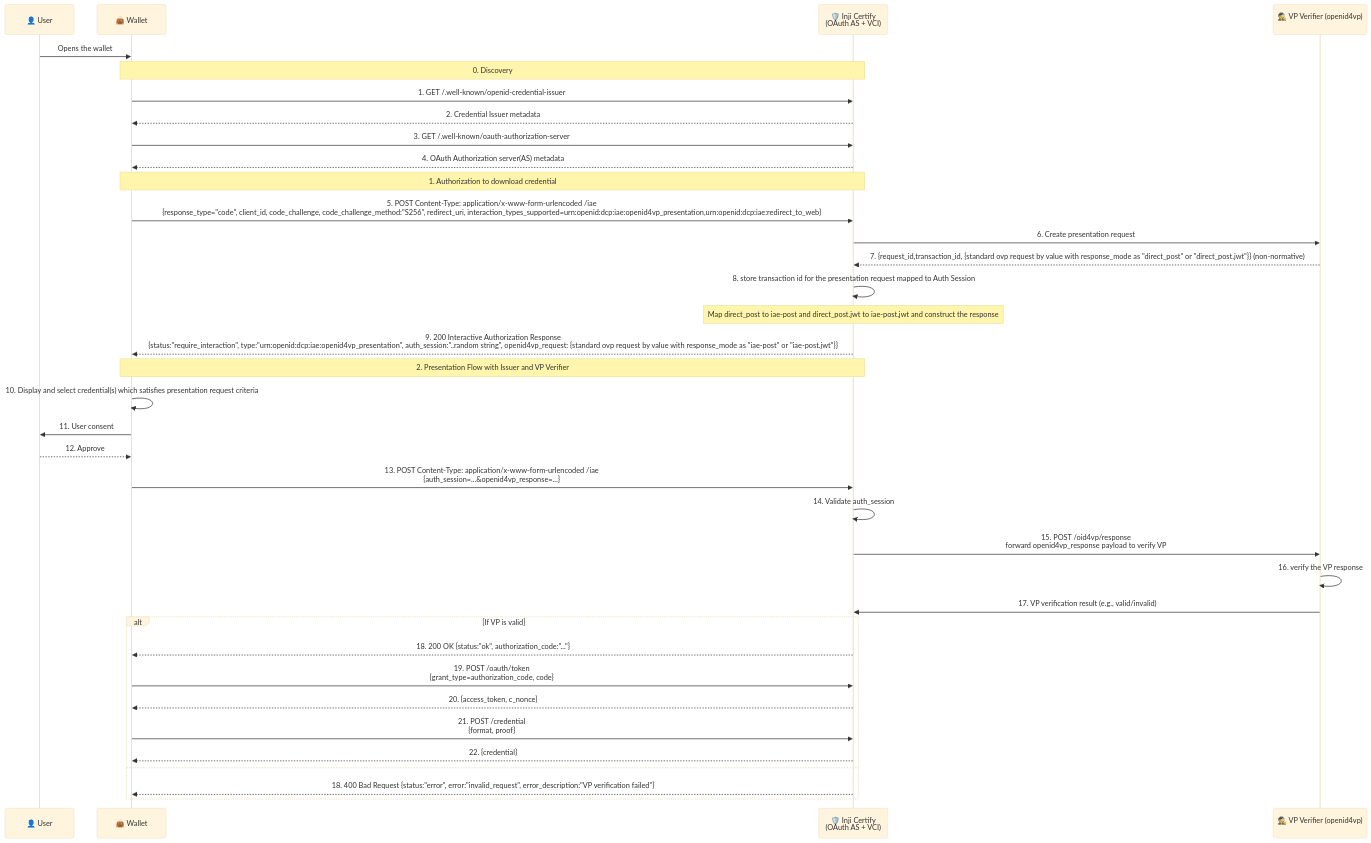
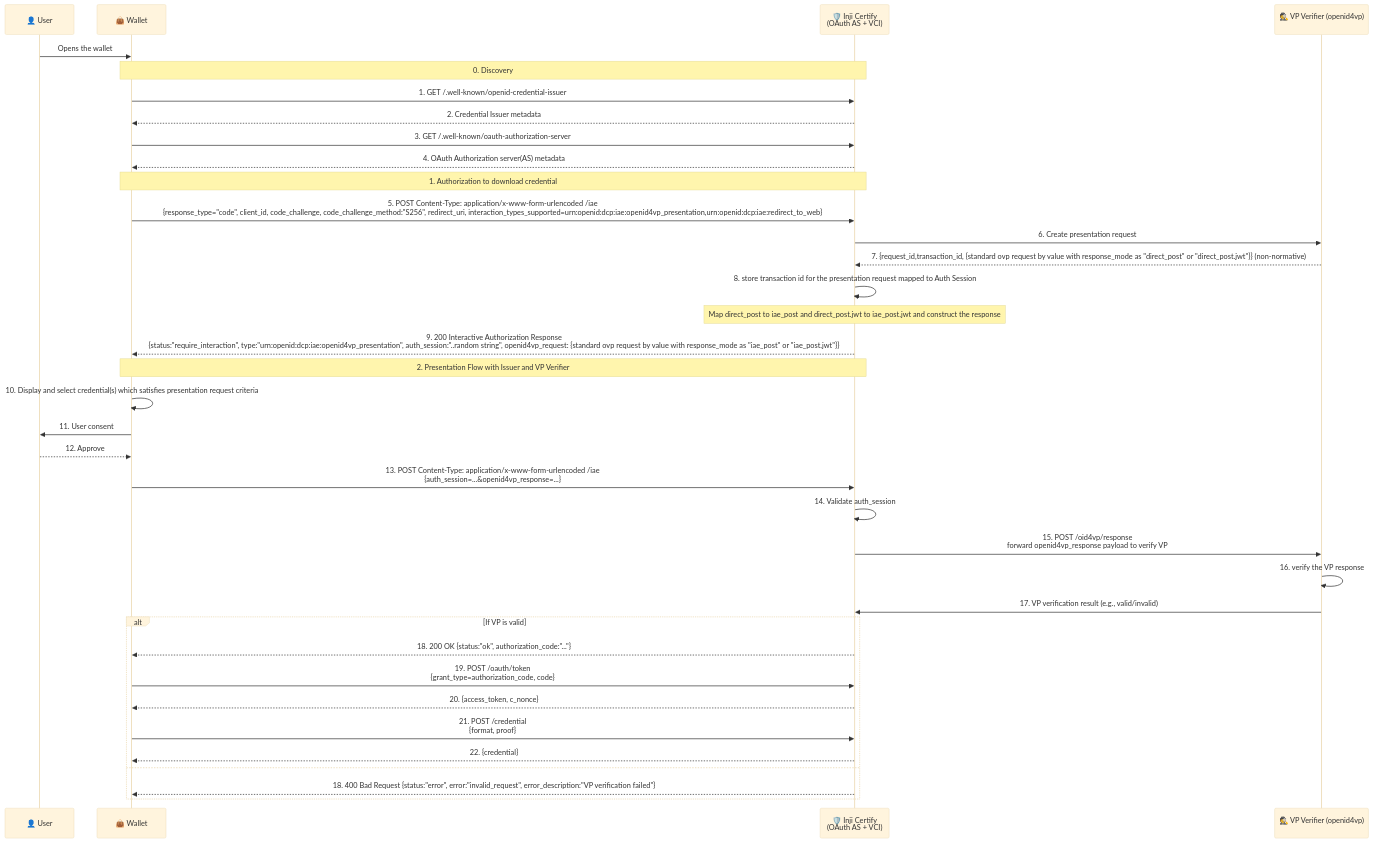
The diagram in docs/Presentation-During-Issuance.md (ooru-digital/inji-certify), drawn with Mermaid (base theme) before and after one commit. The commit also changed other lines of this file and 5 other files, not shown here.

Commit message:
INJICERT: update IAE response-mode mapping and added logs for vp verification debugging (#964)

````diff
--- a/docs/Presentation-During-Issuance.md
+++ b/docs/Presentation-During-Issuance.md
@@ -33,43 +33,43 @@
 ```mermaid
 sequenceDiagram
     participant U as 👤 User
     participant W as 👜 Wallet
     participant IC as 🛡️ Inji Certify<br/>(OAuth AS + VCI)
     participant IVP as 🕵️ VP Verifier (openid4vp)<br/>
 
     U->>W: Opens the wallet
     Note over W,IC: 0. Discovery
     W->>IC: 1. GET /.well-known/openid-credential-issuer
     IC-->>W: 2. Credential Issuer metadata
     W->>IC: 3. GET /.well-known/oauth-authorization-server
     IC-->>W: 4. OAuth Authorization server(AS) metadata 
     
     Note over W,IC: 1. Authorization to download credential
     W->>IC: 5. POST Content-Type: application/x-www-form-urlencoded /iae<br/>{response_type="code", client_id, code_challenge, code_challenge_method:"S256", redirect_uri, interaction_types_supported=urn:openid:dcp:iae:openid4vp_presentation,urn:openid:dcp:iae:redirect_to_web}
     IC->>IVP: 6. Create presentation request
     IVP-->>IC: 7. {request_id,transaction_id, {standard ovp request by value with response_mode as "direct_post" or "direct_post.jwt"}} (non-normative)
     IC->>IC: 8. store transaction id for the presentation request mapped to Auth Session
-    Note over IC: Map direct_post to iae-post and direct_post.jwt to iae-post.jwt and construct the response
-    IC-->>W: 9. 200 Interactive Authorization Response<br/>{status:"require_interaction", type:"urn:openid:dcp:iae:openid4vp_presentation", auth_session:"..random string", openid4vp_request: {standard ovp request by value with response_mode as "iae-post" or "iae-post.jwt"}}
+    Note over IC: Map direct_post to iae_post and direct_post.jwt to iae_post.jwt and construct the response
+    IC-->>W: 9. 200 Interactive Authorization Response<br/>{status:"require_interaction", type:"urn:openid:dcp:iae:openid4vp_presentation", auth_session:"..random string", openid4vp_request: {standard ovp request by value with response_mode as "iae_post" or "iae_post.jwt"}}
     
     Note over W,IC: 2. Presentation Flow with Issuer and VP Verifier
     W->>W: 10. Display and select credential(s) which satisfies presentation request criteria
     W->>U: 11. User consent
     U-->>W: 12. Approve
     W->>IC: 13. POST Content-Type: application/x-www-form-urlencoded /iae<br/>{auth_session=...&openid4vp_response=...}
     IC->>IC: 14. Validate auth_session
     IC->>IVP: 15. POST /oid4vp/response<br/>forward openid4vp_response payload to verify VP
     IVP->>IVP: 16. verify the VP response
     IVP->>IC: 17. VP verification result (e.g., valid/invalid)
     
     alt If VP is valid 
             IC-->>W: 18. 200 OK {status:"ok", authorization_code:"..."}
             W->>IC: 19. POST /oauth/token<br/>{grant_type=authorization_code, code}
             IC-->>W: 20. {access_token, c_nonce}
             W->>IC: 21. POST /credential<br/>{format, proof}
             IC-->>W: 22. {credential}
     else
             IC-->>W: 18. 400 Bad Request {status:"error", error:"invalid_request", error_description:"VP verification failed"}
     end
     
 ```
````
